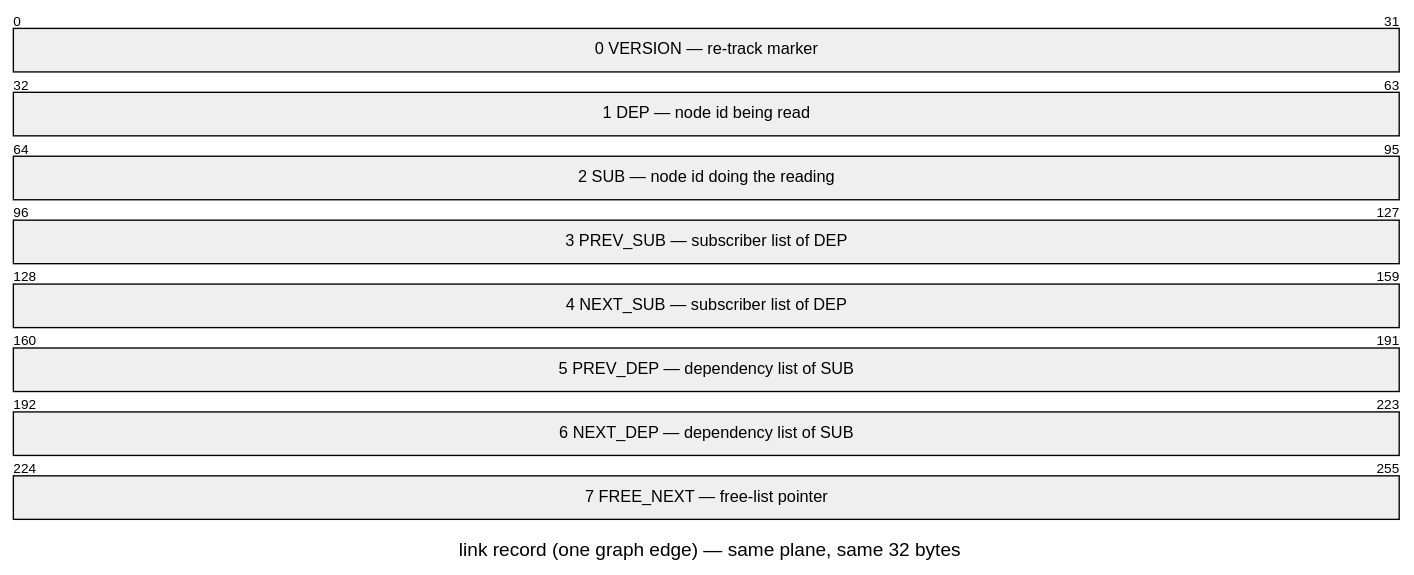
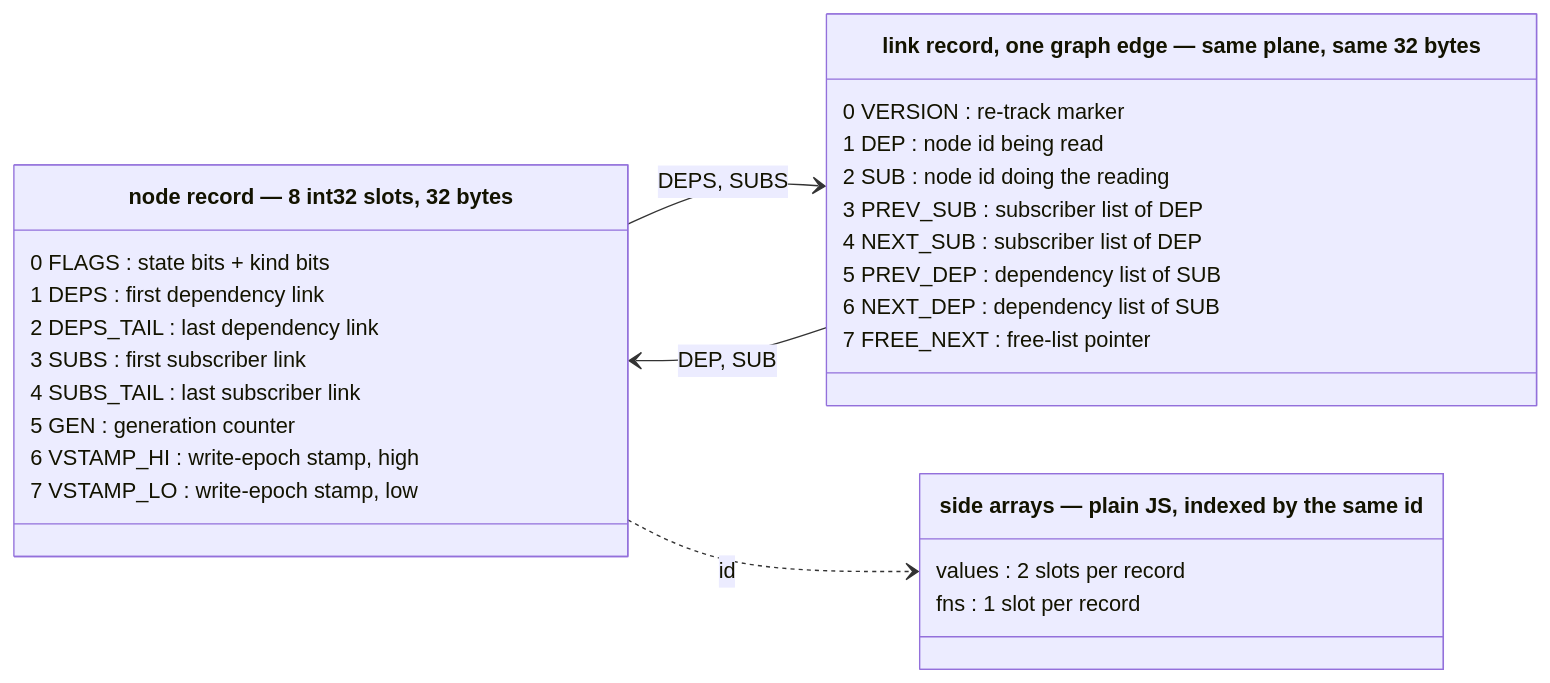
The first of 3 diagrams in README.md (justjake/alien-signals), drawn with Mermaid before and after one commit. The commit also changed other lines of this file, not shown here.

Commit message:
readme: record layout back to box-and-arrow class diagram
The packet-beta rows read poorly; the class diagram keeps the same
real field names and slot offsets and also shows the relations
(DEPS/SUBS point at link chains, DEP/SUB point back at nodes, side
arrays share the id).

````diff
--- a/README.md
+++ b/README.md
@@ -29,14 +14,31 @@
 ```mermaid
----
-title: "link record (one graph edge) — same plane, same 32 bytes"
----
-packet-beta
-0-31: "0 VERSION — re-track marker"
-32-63: "1 DEP — node id being read"
-64-95: "2 SUB — node id doing the reading"
-96-127: "3 PREV_SUB — subscriber list of DEP"
-128-159: "4 NEXT_SUB — subscriber list of DEP"
-160-191: "5 PREV_DEP — dependency list of SUB"
-192-223: "6 NEXT_DEP — dependency list of SUB"
-224-255: "7 FREE_NEXT — free-list pointer"
+classDiagram
+    direction LR
+    class Node["node record — 8 int32 slots, 32 bytes"] {
+        0 FLAGS : state bits + kind bits
+        1 DEPS : first dependency link
+        2 DEPS_TAIL : last dependency link
+        3 SUBS : first subscriber link
+        4 SUBS_TAIL : last subscriber link
+        5 GEN : generation counter
+        6 VSTAMP_HI : write-epoch stamp, high
+        7 VSTAMP_LO : write-epoch stamp, low
+    }
+    class Link["link record, one graph edge — same plane, same 32 bytes"] {
+        0 VERSION : re-track marker
+        1 DEP : node id being read
+        2 SUB : node id doing the reading
+        3 PREV_SUB : subscriber list of DEP
+        4 NEXT_SUB : subscriber list of DEP
+        5 PREV_DEP : dependency list of SUB
+        6 NEXT_DEP : dependency list of SUB
+        7 FREE_NEXT : free-list pointer
+    }
+    class SideArrays["side arrays — plain JS, indexed by the same id"] {
+        values : 2 slots per record
+        fns : 1 slot per record
+    }
+    Node --> Link : DEPS, SUBS
+    Link --> Node : DEP, SUB
+    Node ..> SideArrays : id
 ```
````
